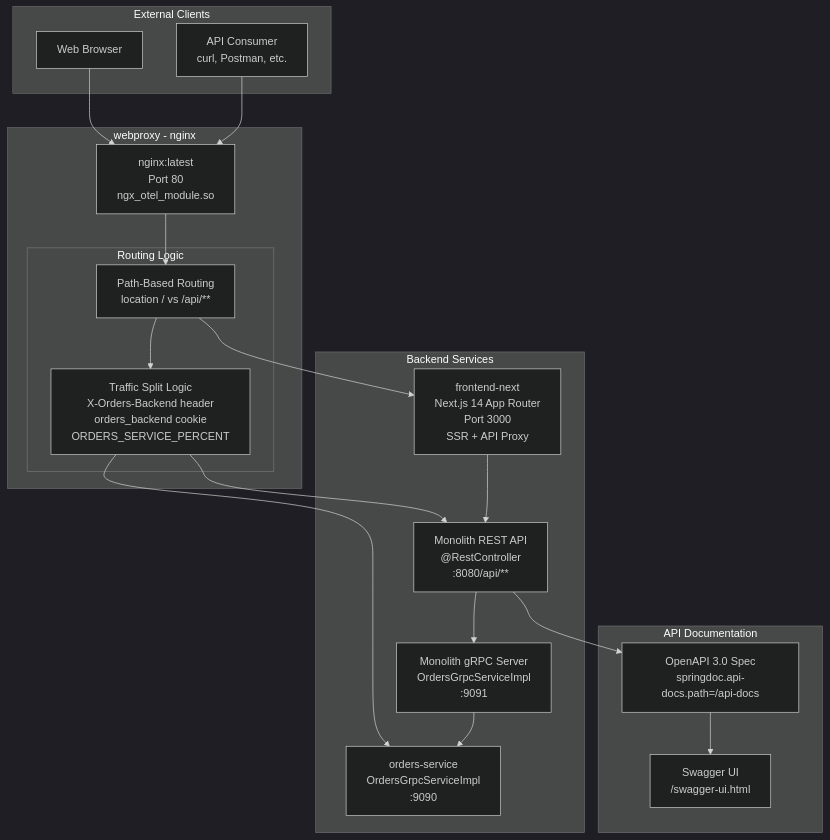
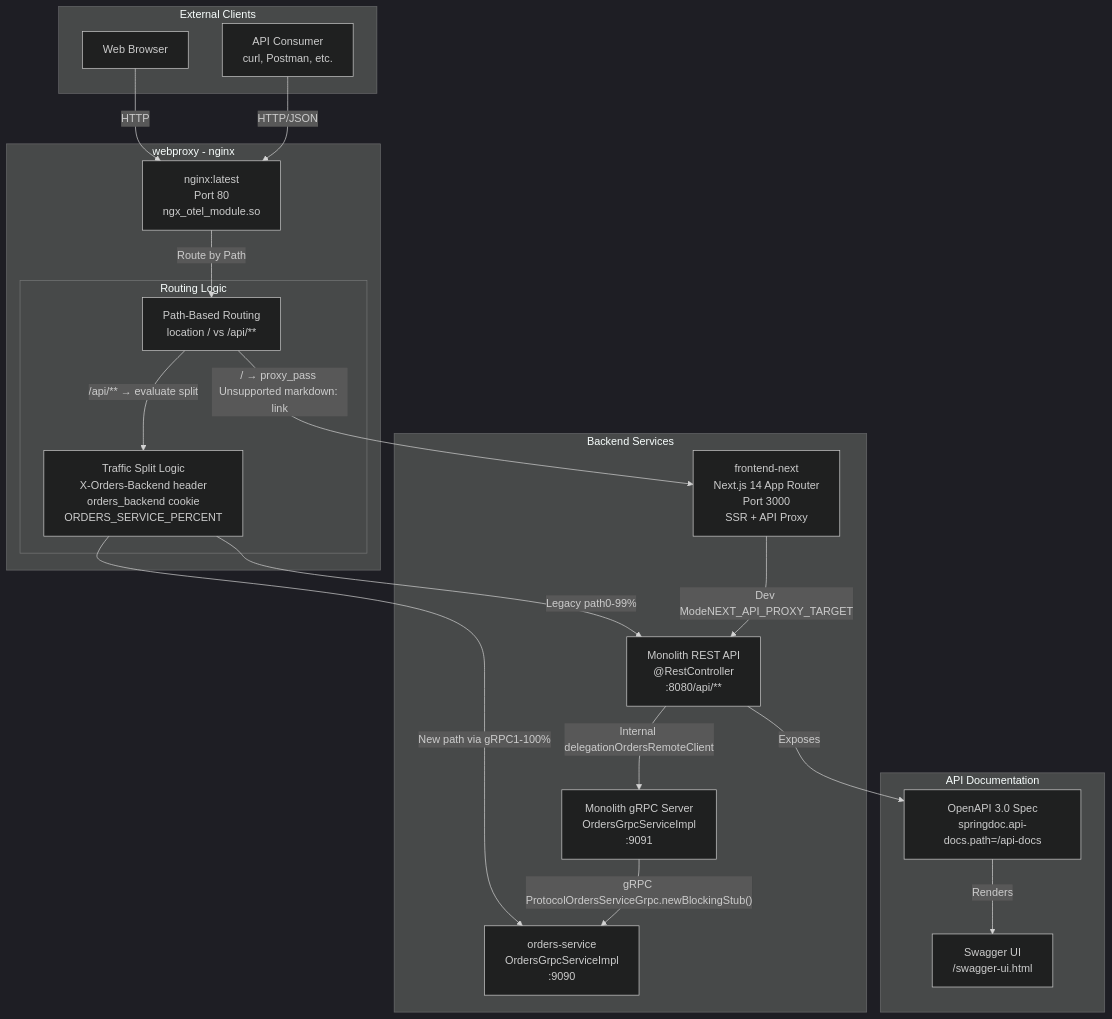
The fourth of 5 diagrams in docs/deepwiki/System-Architecture-Diagrams.md (philipz/spring-modular-monolith), drawn with Mermaid (dark theme) before and after one commit. The commit also changed other lines of this file and 55 other files, not shown here.

````diff
--- a/docs/deepwiki/System-Architecture-Diagrams.md
+++ b/docs/deepwiki/System-Architecture-Diagrams.md
@@ -346,54 +346,54 @@
 ```mermaid
 flowchart TD
 
 Browser["Web Browser"]
 APIClient["API Consumer<br>curl, Postman, etc."]
 Nginx["nginx:latest<br>Port 80<br>ngx_otel_module.so"]
 PathRouter["Path-Based Routing<br>location / vs /api/**"]
 TrafficSplit["Traffic Split Logic<br>X-Orders-Backend header<br>orders_backend cookie<br>ORDERS_SERVICE_PERCENT"]
 NextJS["frontend-next<br>Next.js 14 App Router<br>Port 3000<br>SSR + API Proxy"]
 MonolithREST["Monolith REST API<br>@RestController<br>:8080/api/**"]
 MonolithGRPC["Monolith gRPC Server<br>OrdersGrpcServiceImpl<br>:9091"]
 OrdersGRPC["orders-service<br>OrdersGrpcServiceImpl<br>:9090"]
 OpenAPI["OpenAPI 3.0 Spec<br>springdoc.api-docs.path=/api-docs"]
 SwaggerUI["Swagger UI<br>/swagger-ui.html"]
 
-Browser --> Nginx
-APIClient --> Nginx
-PathRouter --> NextJS
-TrafficSplit --> MonolithREST
-TrafficSplit --> OrdersGRPC
-MonolithREST --> OpenAPI
+Browser -->|"HTTP"| Nginx
+APIClient -->|"HTTP/JSON"| Nginx
+PathRouter -->|"/ → proxy_pass Unsupported markdown: link"| NextJS
+TrafficSplit -->|"Legacy path0-99%"| MonolithREST
+TrafficSplit -->|"New path via gRPC1-100%"| OrdersGRPC
+MonolithREST -->|"Exposes"| OpenAPI
 
 subgraph subGraph4 ["API Documentation"]
     OpenAPI
     SwaggerUI
-    OpenAPI --> SwaggerUI
+    OpenAPI -->|"Renders"| SwaggerUI
 end
 
 subgraph subGraph3 ["Backend Services"]
     NextJS
     MonolithREST
     MonolithGRPC
     OrdersGRPC
-    NextJS --> MonolithREST
-    MonolithREST --> MonolithGRPC
-    MonolithGRPC --> OrdersGRPC
+    NextJS -->|"Dev ModeNEXT_API_PROXY_TARGET"| MonolithREST
+    MonolithREST -->|"Internal delegationOrdersRemoteClient"| MonolithGRPC
+    MonolithGRPC -->|"gRPC ProtocolOrdersServiceGrpc.newBlockingStub()"| OrdersGRPC
 end
 
 subgraph subGraph2 ["webproxy - nginx"]
     Nginx
-    Nginx --> PathRouter
+    Nginx -->|"Route by Path"| PathRouter
 
 subgraph subGraph1 ["Routing Logic"]
     PathRouter
     TrafficSplit
-    PathRouter --> TrafficSplit
+    PathRouter -->|"/api/** → evaluate split"| TrafficSplit
 end
 end
 
 subgraph subGraph0 ["External Clients"]
     Browser
     APIClient
 end
 ```
````
